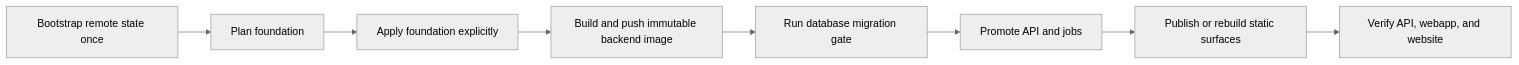
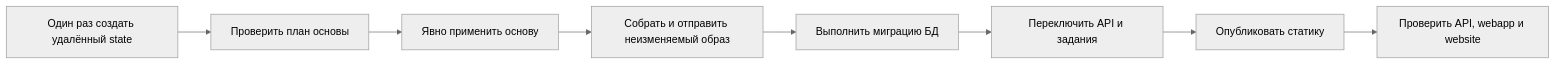
One commit to Ivan-boop999/opora changed the diagram in docs/DEPLOYMENT.md. Above: the diagram before and after it, drawn with Mermaid (neutral theme). The commit also changed other lines of this file and 22 other files, not shown here.

````diff
--- a/docs/DEPLOYMENT.md
+++ b/docs/DEPLOYMENT.md
@@ -58,10 +33,10 @@
 ```mermaid
 flowchart LR
-  A["Bootstrap remote state once"] --> B["Plan foundation"]
-  B --> C["Apply foundation explicitly"]
-  C --> D["Build and push immutable backend image"]
-  D --> E["Run database migration gate"]
-  E --> F["Promote API and jobs"]
-  F --> G["Publish or rebuild static surfaces"]
-  G --> H["Verify API, webapp, and website"]
+  A["Один раз создать удалённый state"] --> B["Проверить план основы"]
+  B --> C["Явно применить основу"]
+  C --> D["Собрать и отправить неизменяемый образ"]
+  D --> E["Выполнить миграцию БД"]
+  E --> F["Переключить API и задания"]
+  F --> G["Опубликовать статику"]
+  G --> H["Проверить API, webapp и website"]
 ```
````
